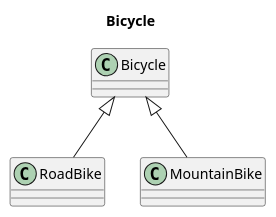
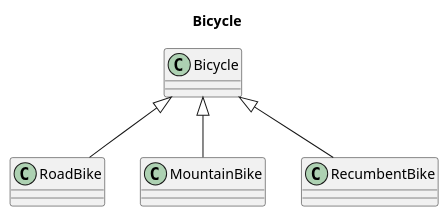
One commit to yamashun/ruby_oop changed the diagram in 06_inheritance/uml/bicycle.pu. Above: the diagram before and after it, drawn with PlantUML.

Commit message:
uml更新

```diff
--- a/06_inheritance/uml/bicycle.pu
+++ b/06_inheritance/uml/bicycle.pu
@@ -1,12 +1,14 @@
 @startuml
 title Bicycle
 class "Bicycle" as Bicycle {
-  
+
 }
 
 class "RoadBike" as RoadBike
 class "MountainBike" as MountainBike
+class "RecumbentBike" as RecumbentBike
 
 Bicycle <|-- RoadBike
 Bicycle <|-- MountainBike
+Bicycle <|-- RecumbentBike
 @enduml
```
